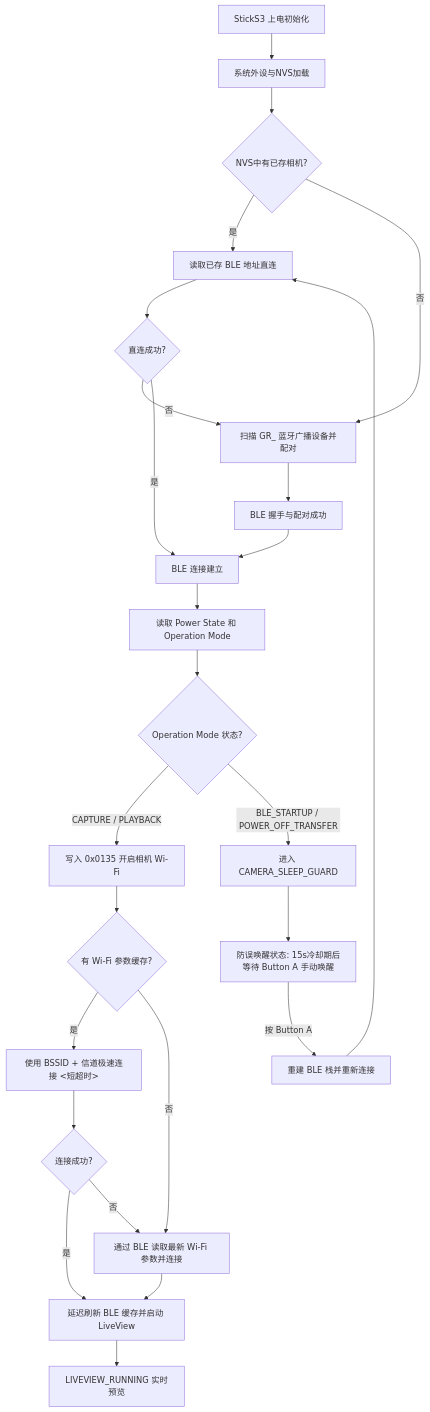
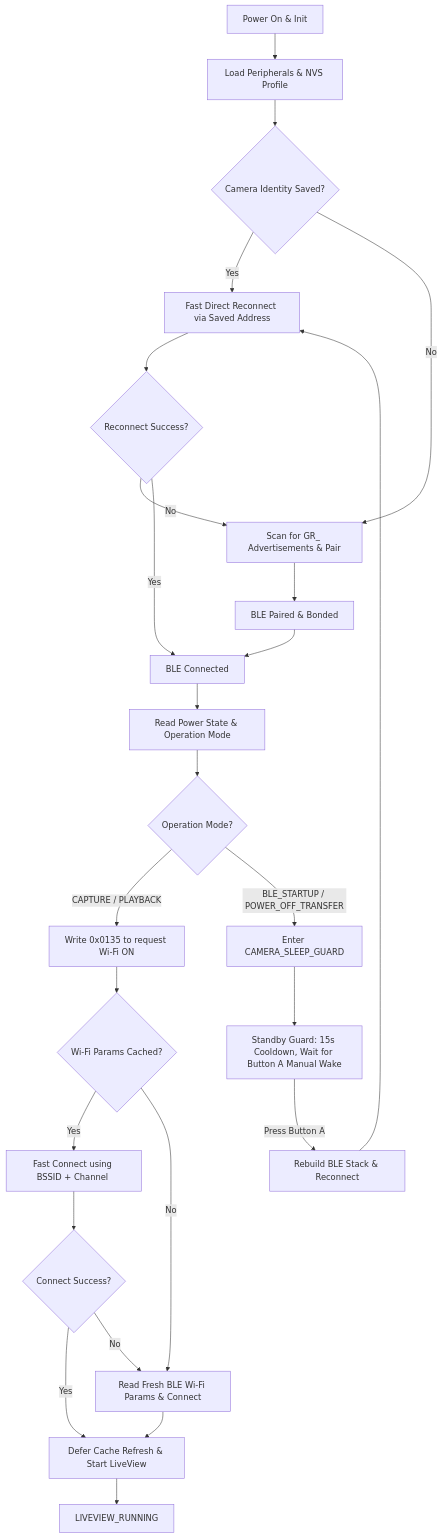
The diagram in README.md (ndreij/RICOH-GR-Live-View-Shooting), drawn with Mermaid before and after one commit. The commit also changed other lines of this file and 2 other files, not shown here.

````diff
--- a/README.md
+++ b/README.md
@@ -95,27 +96,27 @@
 ```mermaid
 graph TD
-    A[StickS3 上电初始化] --> B[系统外设与NVS加载]
-    B --> C{NVS中有已存相机?}
-    C -->|是| D[读取已存 BLE 地址直连]
-    C -->|否| E[扫描 GR_ 蓝牙广播设备并配对]
-    D --> F{直连成功?}
-    F -->|否| E
-    E --> G[BLE 握手与配对成功]
-    F -->|是| H[BLE 连接建立]
+    A[Power On & Init] --> B[Load Peripherals & NVS Profile]
+    B --> C{Camera Identity Saved?}
+    C -->|Yes| D[Fast Direct Reconnect via Saved Address]
+    C -->|No| E[Scan for GR_ Advertisements & Pair]
+    D --> F{Reconnect Success?}
+    F -->|No| E
+    E --> G[BLE Paired & Bonded]
+    F -->|Yes| H[BLE Connected]
     G --> H
-    H --> I[读取 Power State 和 Operation Mode]
-    I --> J{Operation Mode 状态?}
-    J -->|CAPTURE / PLAYBACK| K[写入 0x0135 开启相机 Wi-Fi]
-    J -->|BLE_STARTUP / POWER_OFF_TRANSFER| L[进入 CAMERA_SLEEP_GUARD]
-    K --> M{有 Wi-Fi 参数缓存?}
-    M -->|是| N[使用 BSSID + 信道极速连接 <短超时>]
-    M -->|否| O[通过 BLE 读取最新 Wi-Fi 参数并连接]
-    N --> P{连接成功?}
-    P -->|是| Q[延迟刷新 BLE 缓存并启动 LiveView]
-    P -->|否| O
+    H --> I[Read Power State & Operation Mode]
+    I --> J{Operation Mode?}
+    J -->|CAPTURE / PLAYBACK| K[Write 0x0135 to request Wi-Fi ON]
+    J -->|BLE_STARTUP / POWER_OFF_TRANSFER| L[Enter CAMERA_SLEEP_GUARD]
+    K --> M{Wi-Fi Params Cached?}
+    M -->|Yes| N[Fast Connect using BSSID + Channel <Short Timeout>]
+    M -->|No| O[Read Fresh BLE Wi-Fi Params & Connect]
+    N --> P{Connect Success?}
+    P -->|Yes| Q[Defer Cache Refresh & Start LiveView]
+    P -->|No| O
     O --> Q
-    Q --> R[LIVEVIEW_RUNNING 实时预览]
-    L --> S[防误唤醒状态: 15s冷却期后等待 Button A 手动唤醒]
-    S -->|按 Button A| T[重建 BLE 栈并重新连接]
+    Q --> R[LIVEVIEW_RUNNING]
+    L --> S[Standby Guard: 15s Cooldown, Wait for Button A Manual Wake]
+    S -->|Press Button A| T[Rebuild BLE Stack & Reconnect]
     T --> D
 ```
````
